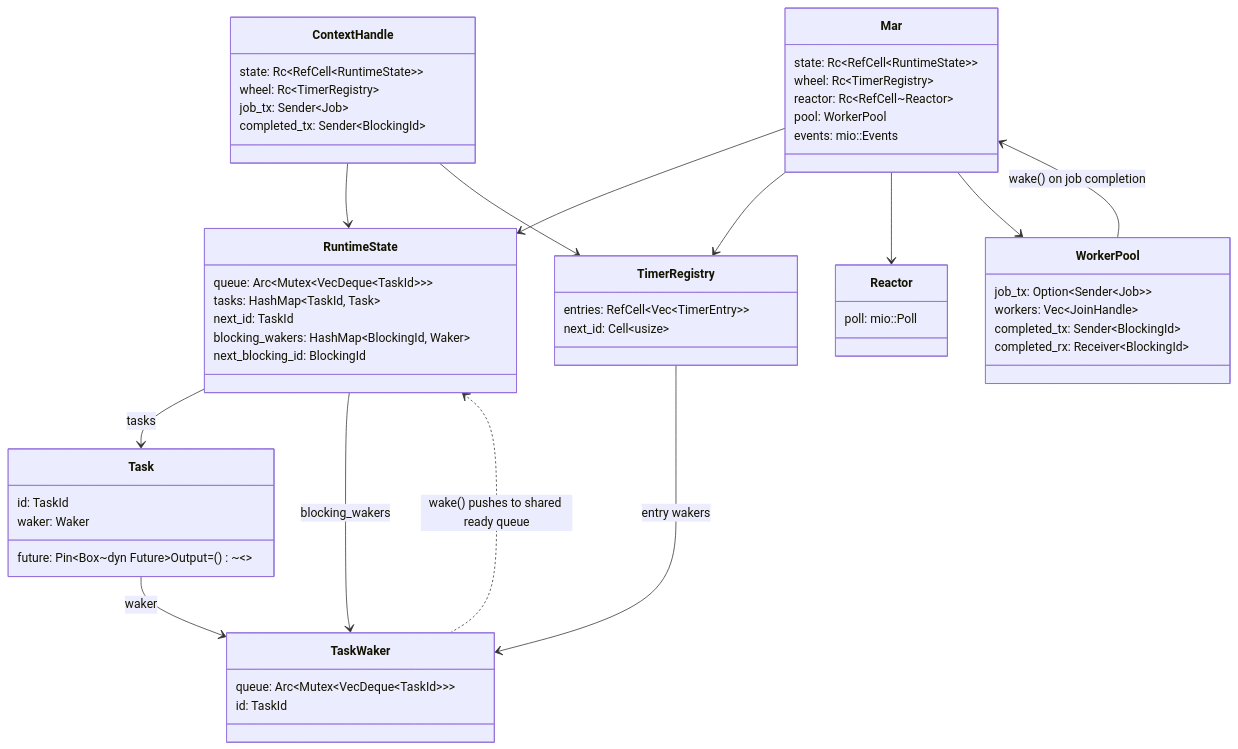
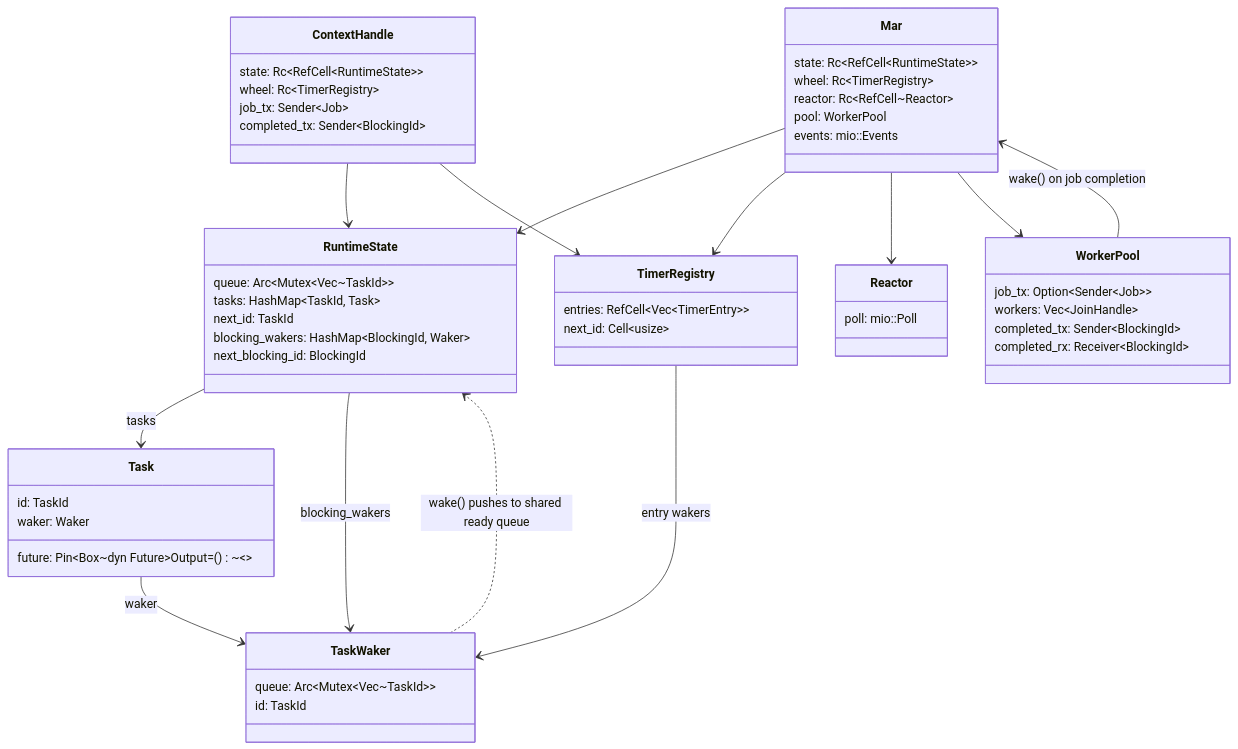
The diagram in docs/runtime-primitives.md (paulpeters144/mini-async-runtime), drawn with Mermaid before and after one commit. The commit also changed 7 other files, not shown here.

First line of the commit message:
refactor: use Vec for ready queue and add TaskWaker::new constructor

````diff
--- a/docs/runtime-primitives.md
+++ b/docs/runtime-primitives.md
@@ -5,67 +5,67 @@
 ```mermaid
 classDiagram
     direction TB
 
     class Mar {
         state: Rc~RefCell~RuntimeState~~
         wheel: Rc~TimerRegistry~
         reactor: Rc~RefCell~Reactor~
         pool: WorkerPool
         events: mio::Events
     }
 
     class RuntimeState {
-        queue: Arc~Mutex~VecDeque~TaskId~~~
+        queue: Arc~Mutex~Vec~TaskId~~
         tasks: HashMap~TaskId, Task~
         next_id: TaskId
         blocking_wakers: HashMap~BlockingId, Waker~
         next_blocking_id: BlockingId
     }
 
     class ContextHandle {
         state: Rc~RefCell~RuntimeState~~
         wheel: Rc~TimerRegistry~
         job_tx: Sender~Job~
         completed_tx: Sender~BlockingId~
     }
 
     class Task {
         id: TaskId
         waker: Waker
         future: Pin~Box~dyn Future~Output=()~~~
     }
 
     class TaskWaker {
-        queue: Arc~Mutex~VecDeque~TaskId~~~
+        queue: Arc~Mutex~Vec~TaskId~~
         id: TaskId
     }
 
     class TimerRegistry {
         entries: RefCell~Vec~TimerEntry~~
         next_id: Cell~usize~
     }
 
     class WorkerPool {
         job_tx: Option~Sender~Job~~
         workers: Vec~JoinHandle~
         completed_tx: Sender~BlockingId~
         completed_rx: Receiver~BlockingId~
     }
 
     class Reactor {
         poll: mio::Poll
     }
 
     Mar --> RuntimeState
     Mar --> TimerRegistry
     Mar --> Reactor
     Mar --> WorkerPool
     ContextHandle --> RuntimeState
     ContextHandle --> TimerRegistry
     RuntimeState --> Task : tasks
     RuntimeState --> TaskWaker : blocking_wakers
     Task --> TaskWaker : waker
     TaskWaker ..> RuntimeState : wake() pushes to shared ready queue
     TimerRegistry --> TaskWaker : entry wakers
     WorkerPool --> Mar : wake() on job completion
 ```
````
